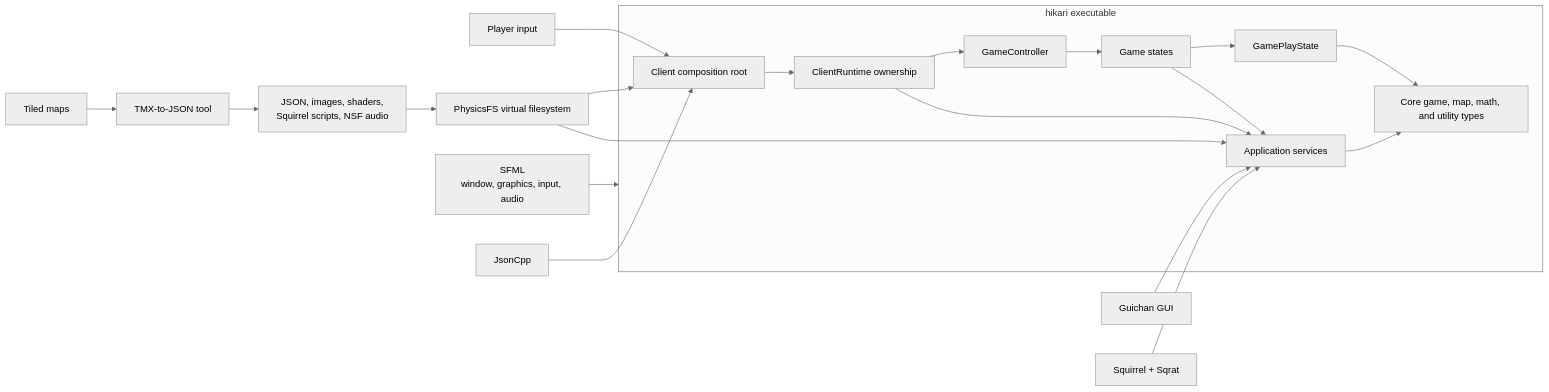
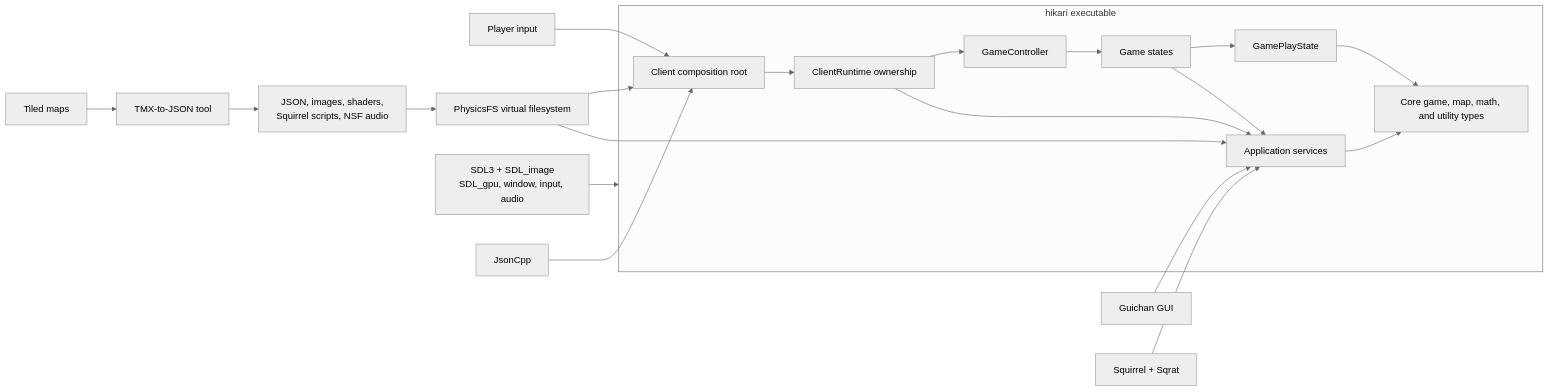
One commit to ztheh-games/hikari changed the first of 6 diagrams in docs/architecture.md. Above: the diagram before and after it, drawn with Mermaid (neutral theme). The commit also changed other lines of this file and 172 other files, not shown here.

First line of the commit message:
Replace SFML with SDL3 and SDL_gpu

````diff
--- a/docs/architecture.md
+++ b/docs/architecture.md
@@ -18,35 +18,35 @@
 ```mermaid
 flowchart LR
     Player[Player input] --> Client
 
     subgraph Runtime["hikari executable"]
         Client[Client composition root]
         Owners[ClientRuntime ownership]
         Controller[GameController]
         States[Game states]
         Gameplay[GamePlayState]
         Services[Application services]
         Core[Core game, map, math, and utility types]
 
         Client --> Owners
         Owners --> Controller
         Owners --> Services
         Controller --> States
         States --> Gameplay
         States --> Services
         Gameplay --> Core
         Services --> Core
     end
 
     Content["JSON, images, shaders,<br/>Squirrel scripts, NSF audio"] --> VFS[PhysicsFS virtual filesystem]
     VFS --> Client
     VFS --> Services
 
-    SFML[SFML<br/>window, graphics, input, audio] --> Runtime
+    SDL[SDL3 + SDL_image<br/>SDL_gpu, window, input, audio] --> Runtime
     Guichan[Guichan GUI] --> Services
     Squirrel[Squirrel + Sqrat] --> Services
     JSON[JsonCpp] --> Client
 
     Tiled[Tiled maps] --> Converter[TMX-to-JSON tool]
     Converter --> Content
 ```
````
